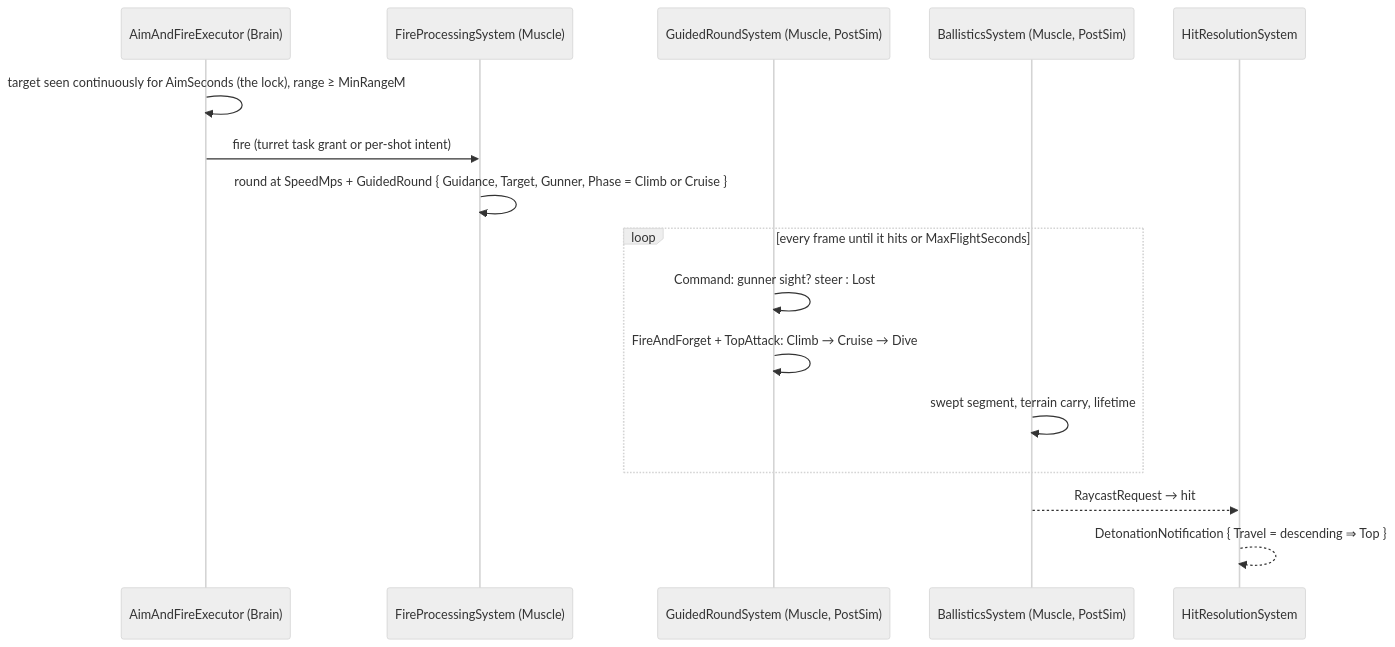
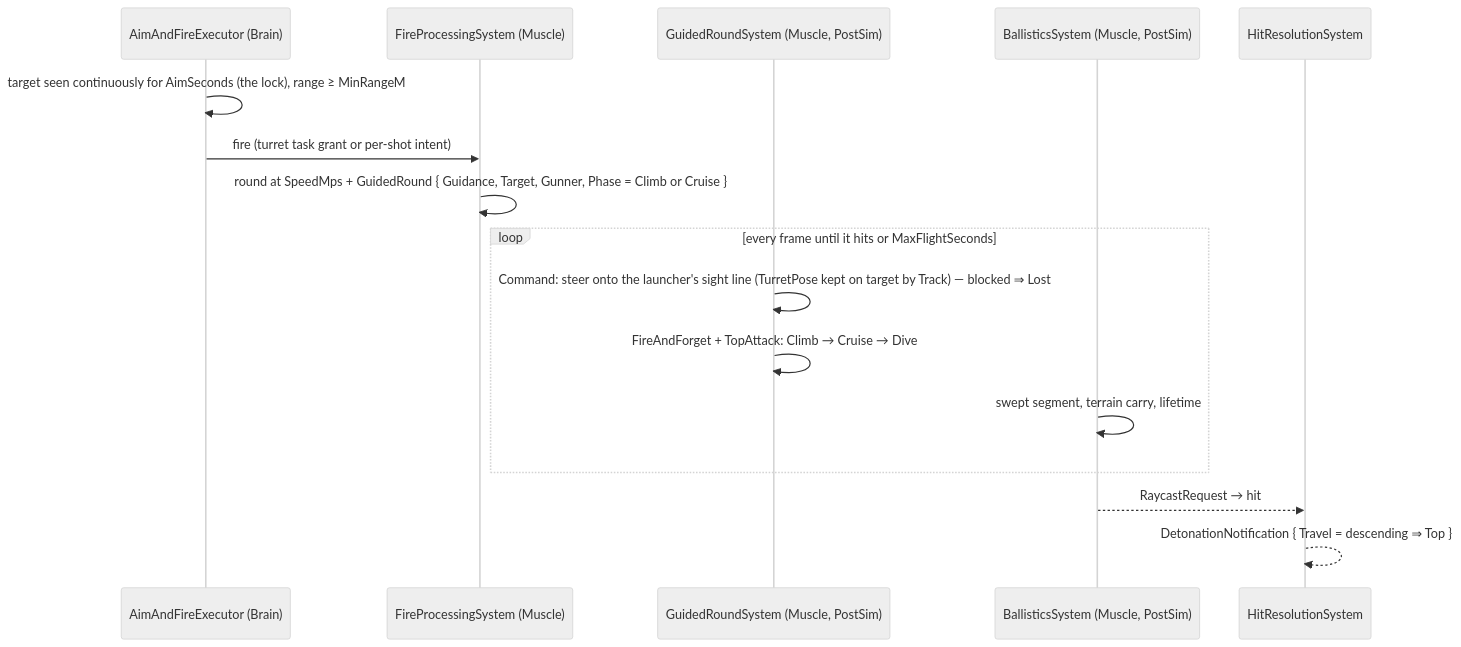
One commit to pjanec/HROT changed the fourth of 5 diagrams in docs/designs/vehicle-tactics/DESIGN_Missiles_And_Ammo.md. Above: the diagram before and after it, drawn with Mermaid (neutral theme). The commit also changed other lines of this file and 9 other files, not shown here.

````diff
--- a/docs/designs/vehicle-tactics/DESIGN_Missiles_And_Ammo.md
+++ b/docs/designs/vehicle-tactics/DESIGN_Missiles_And_Ammo.md
@@ -190,18 +192,18 @@
 ```mermaid
 sequenceDiagram
   participant EX as AimAndFireExecutor (Brain)
   participant FP as FireProcessingSystem (Muscle)
   participant GS as GuidedRoundSystem (Muscle, PostSim)
   participant BS as BallisticsSystem (Muscle, PostSim)
   participant HR as HitResolutionSystem
   EX->>EX: target seen continuously for AimSeconds (the lock), range ≥ MinRangeM
   EX->>FP: fire (turret task grant or per-shot intent)
   FP->>FP: round at SpeedMps + GuidedRound { Guidance, Target, Gunner, Phase = Climb or Cruise }
   loop every frame until it hits or MaxFlightSeconds
-    GS->>GS: Command: gunner sight? steer : Lost
+    GS->>GS: Command: steer onto the launcher's sight line (TurretPose kept on target by Track) — blocked ⇒ Lost
     GS->>GS: FireAndForget + TopAttack: Climb → Cruise → Dive
     BS->>BS: swept segment, terrain carry, lifetime
   end
   BS-->>HR: RaycastRequest → hit
   HR-->>HR: DetonationNotification { Travel = descending ⇒ Top }
 ```
````
